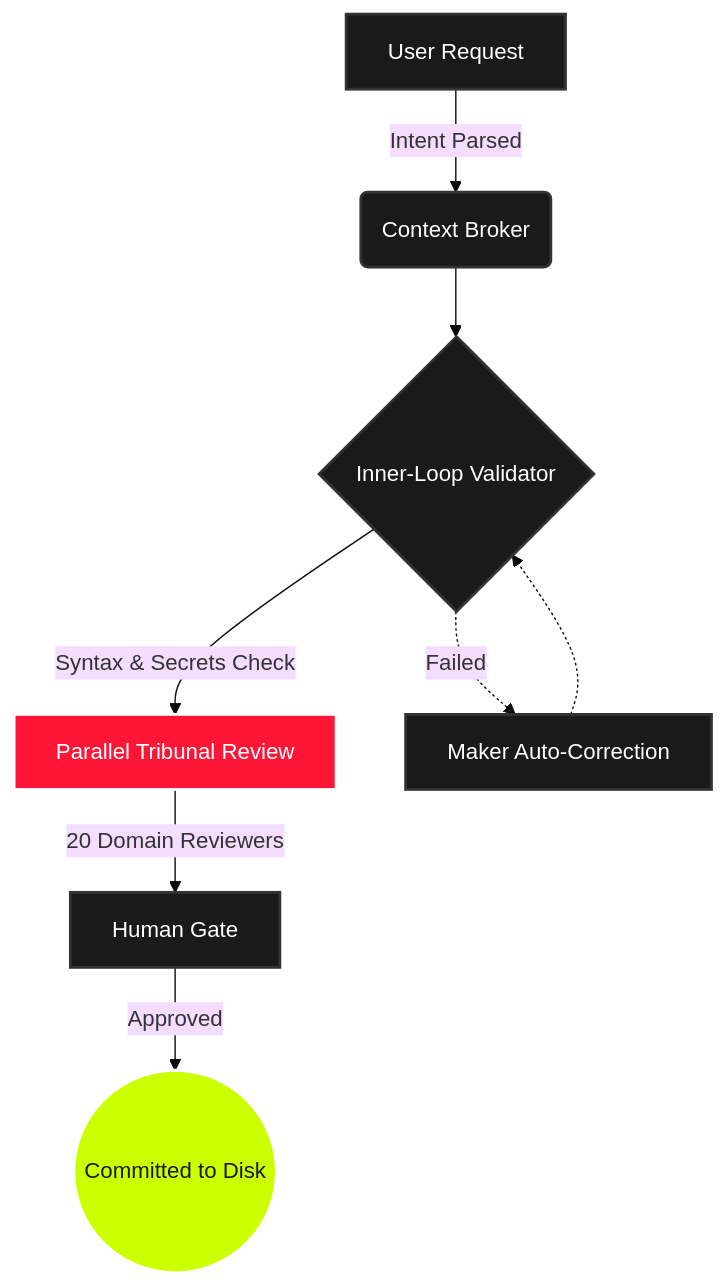
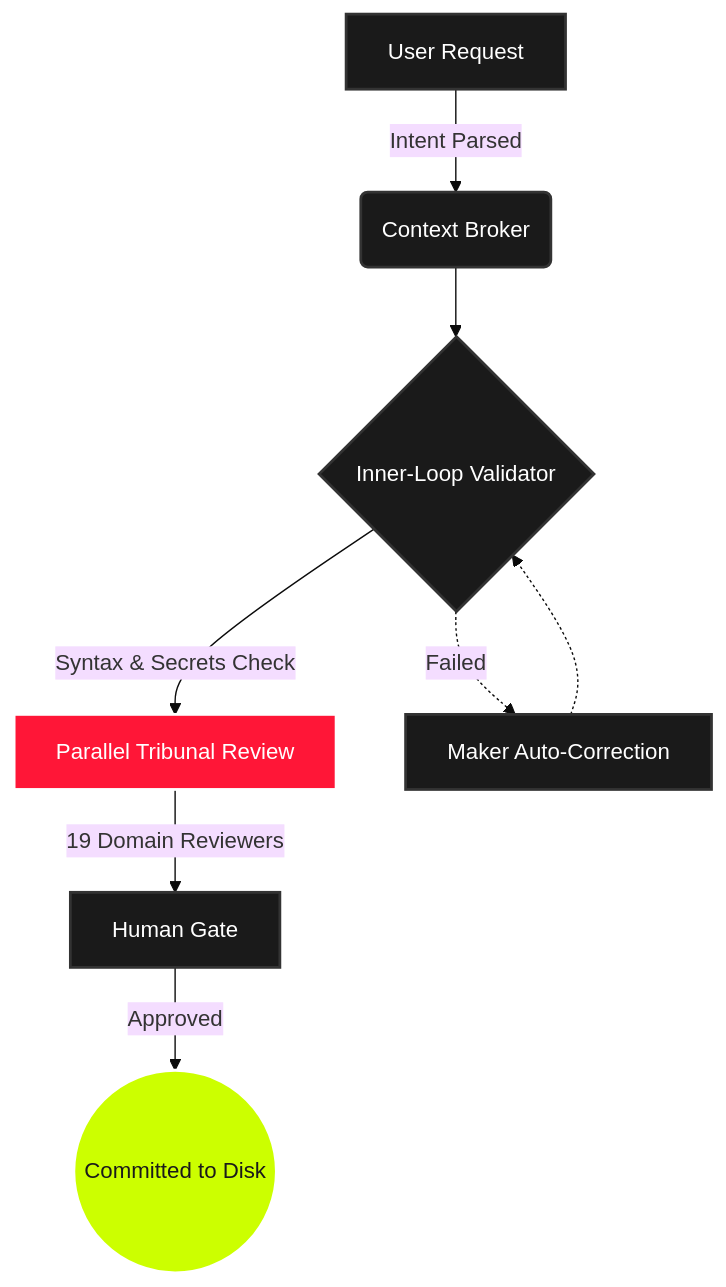
Before and after one commit to Harmitx7/tribunal-kit: the diagram in README.md, drawn with Mermaid (base theme). The commit also changed other lines of this file and 109 other files, not shown here.

````diff
--- a/README.md
+++ b/README.md
@@ -215,19 +215,19 @@
 ```mermaid
 graph TD
     A[User Request] -->|Intent Parsed| B(Context Broker)
     B --> C{Inner-Loop Validator}
 
     C -->|Syntax & Secrets Check| D[Parallel Tribunal Review]
     C -.->|Failed| E[Maker Auto-Correction]
     E -.-> C
 
-    D -->|20 Domain Reviewers| F[Human Gate]
+    D -->|19 Domain Reviewers| F[Human Gate]
     F -->|Approved| G((Committed to Disk))
 
     classDef default fill:#1a1a1a,stroke:#333,stroke-width:2px,color:#fff;
     classDef critical fill:#ff1637,stroke:#fff,stroke-width:2px,color:#fff;
     classDef success fill:#ccff00,stroke:#fff,stroke-width:2px,color:#1a1a1a;
 
     class D critical;
     class G success;
 ```
````
